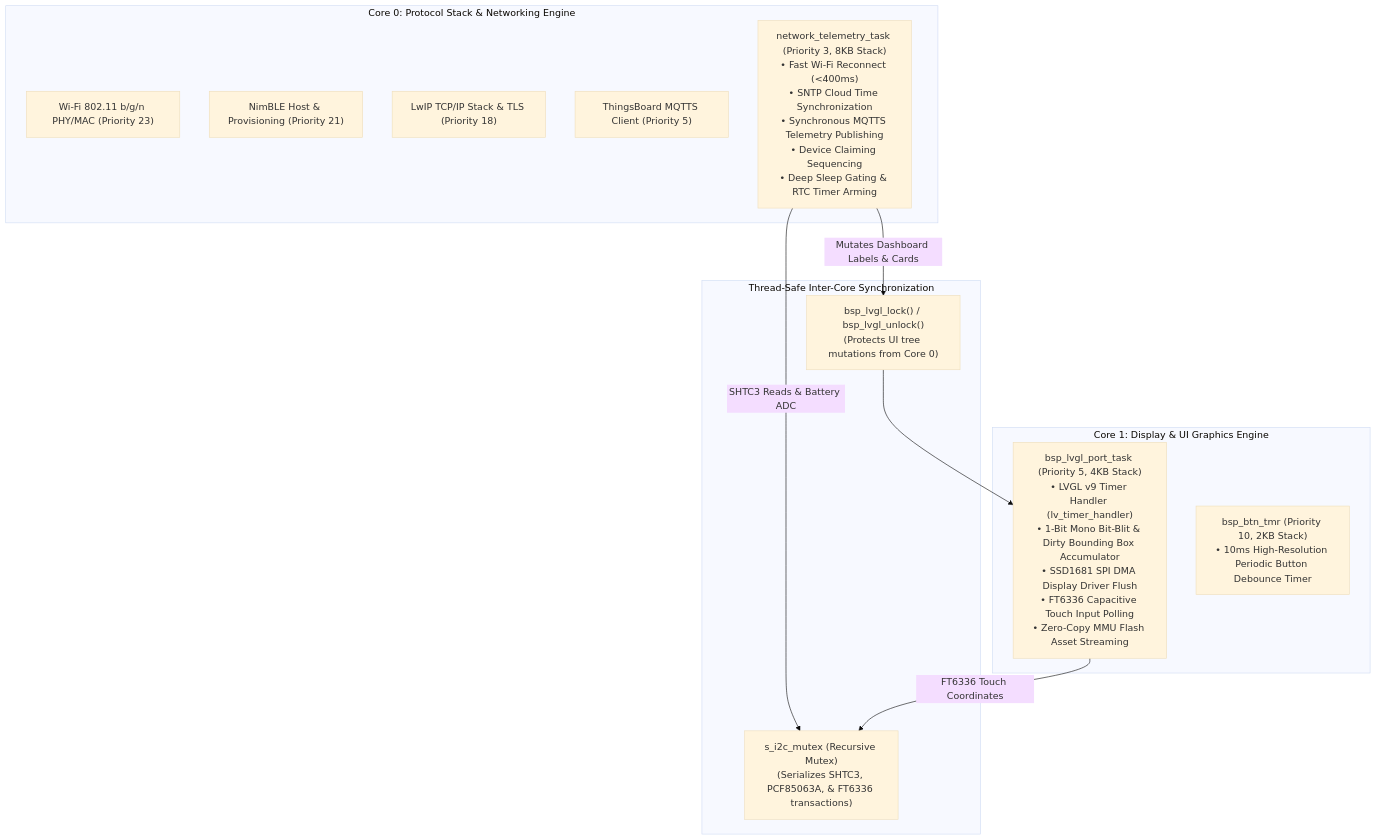
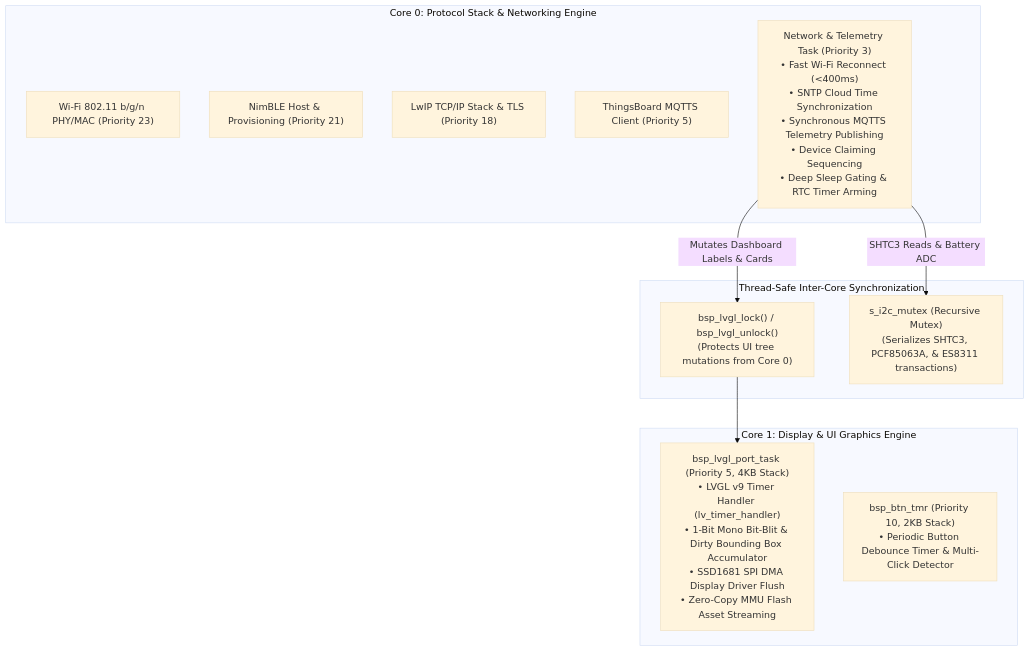
The second of 3 diagrams in docs/ARCHITECTURE.md (Humidyne-Labs/esp32-s3_bsp), drawn with Mermaid (base theme) before and after one commit. The commit also changed other lines of this file and 68 other files, not shown here.

````diff
--- a/docs/ARCHITECTURE.md
+++ b/docs/ARCHITECTURE.md
@@ -56,26 +57,25 @@
 ```mermaid
 flowchart TD
     subgraph CORE0 ["Core 0: Protocol Stack & Networking Engine"]
         WIFI_DRV["Wi-Fi 802.11 b/g/n PHY/MAC (Priority 23)"]
         BLE_HOST["NimBLE Host & Provisioning (Priority 21)"]
         TCPIP["LwIP TCP/IP Stack & TLS (Priority 18)"]
         MQTT_CLIENT["ThingsBoard MQTTS Client (Priority 5)"]
-        NET_TASK["network_telemetry_task (Priority 3, 8KB Stack)<br/>• Fast Wi-Fi Reconnect (&lt;400ms)<br/>• SNTP Cloud Time Synchronization<br/>• Synchronous MQTTS Telemetry Publishing<br/>• Device Claiming Sequencing<br/>• Deep Sleep Gating & RTC Timer Arming"]
+        NET_TASK["Network & Telemetry Task (Priority 3)<br/>• Fast Wi-Fi Reconnect (&lt;400ms)<br/>• SNTP Cloud Time Synchronization<br/>• Synchronous MQTTS Telemetry Publishing<br/>• Device Claiming Sequencing<br/>• Deep Sleep Gating & RTC Timer Arming"]
     end
 
     subgraph CORE1 ["Core 1: Display & UI Graphics Engine"]
-        LVGL_TASK["bsp_lvgl_port_task (Priority 5, 4KB Stack)<br/>• LVGL v9 Timer Handler (lv_timer_handler)<br/>• 1-Bit Mono Bit-Blit & Dirty Bounding Box Accumulator<br/>• SSD1681 SPI DMA Display Driver Flush<br/>• FT6336 Capacitive Touch Input Polling<br/>• Zero-Copy MMU Flash Asset Streaming"]
-        BTN_TIMER["bsp_btn_tmr (Priority 10, 2KB Stack)<br/>• 10ms High-Resolution Periodic Button Debounce Timer"]
+        LVGL_TASK["bsp_lvgl_port_task (Priority 5, 4KB Stack)<br/>• LVGL v9 Timer Handler (lv_timer_handler)<br/>• 1-Bit Mono Bit-Blit & Dirty Bounding Box Accumulator<br/>• SSD1681 SPI DMA Display Driver Flush<br/>• Zero-Copy MMU Flash Asset Streaming"]
+        BTN_TIMER["bsp_btn_tmr (Priority 10, 2KB Stack)<br/>• Periodic Button Debounce Timer & Multi-Click Detector"]
     end
 
     subgraph SYNC ["Thread-Safe Inter-Core Synchronization"]
         LVGL_MUTEX["bsp_lvgl_lock() / bsp_lvgl_unlock()<br/>(Protects UI tree mutations from Core 0)"]
-        I2C_MUTEX["s_i2c_mutex (Recursive Mutex)<br/>(Serializes SHTC3, PCF85063A, & FT6336 transactions)"]
+        I2C_MUTEX["s_i2c_mutex (Recursive Mutex)<br/>(Serializes SHTC3, PCF85063A, & ES8311 transactions)"]
     end
 
     NET_TASK -->|Mutates Dashboard Labels & Cards| LVGL_MUTEX
     LVGL_MUTEX --> LVGL_TASK
 
     NET_TASK -->|SHTC3 Reads & Battery ADC| I2C_MUTEX
-    LVGL_TASK -->|FT6336 Touch Coordinates| I2C_MUTEX
 ```
````
